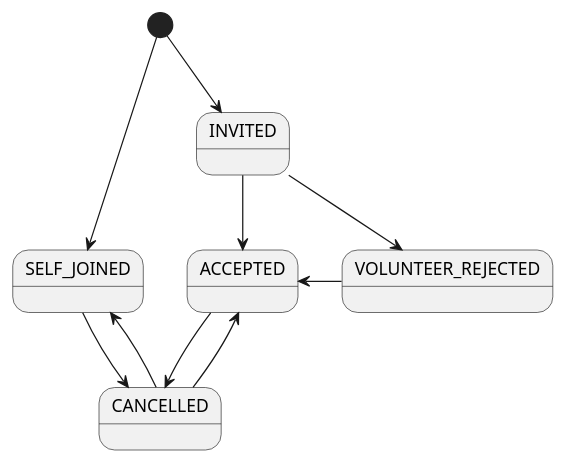
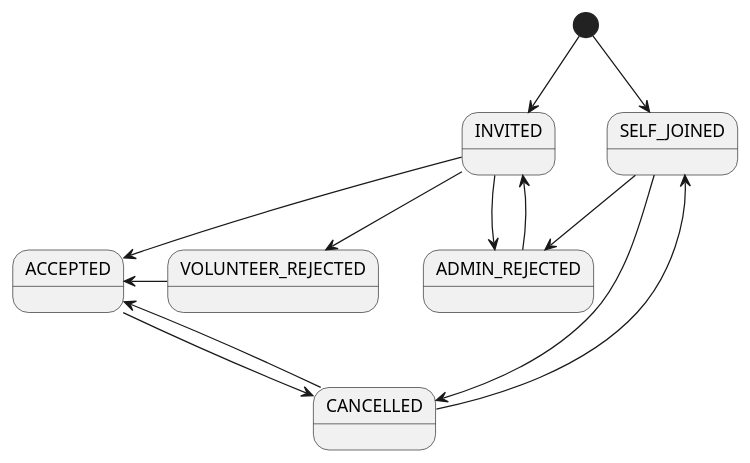
The diagram in models/Invite-states.plantuml (holi-social/caluno), drawn with PlantUML before and after one commit. The commit also changed 8 other files, not shown here.

Commit message:
feat: extend invite status by ADMIN_REJECTED

```diff
--- a/models/Invite-states.plantuml
+++ b/models/Invite-states.plantuml
@@ -1,17 +1,17 @@
 @startuml InviteStatusModel
 
 [*] --> INVITED
 ' means the member self-joined without an invite
 [*] --> SELF_JOINED
 INVITED --> ACCEPTED
 INVITED --> VOLUNTEER_REJECTED
 VOLUNTEER_REJECTED -left-> ACCEPTED
 SELF_JOINED -down-> CANCELLED
 ACCEPTED -down-> CANCELLED
 CANCELLED -up-> SELF_JOINED
 CANCELLED -up-> ACCEPTED
 
-'INVITED -down-> ADMIN_REJECTED
-'ADMIN_REJECTED -up-> INVITED
-'SELF_JOINED --> ADMIN_REJECTED
+INVITED -down-> ADMIN_REJECTED
+ADMIN_REJECTED -up-> INVITED
+SELF_JOINED --> ADMIN_REJECTED
 @enduml
```
